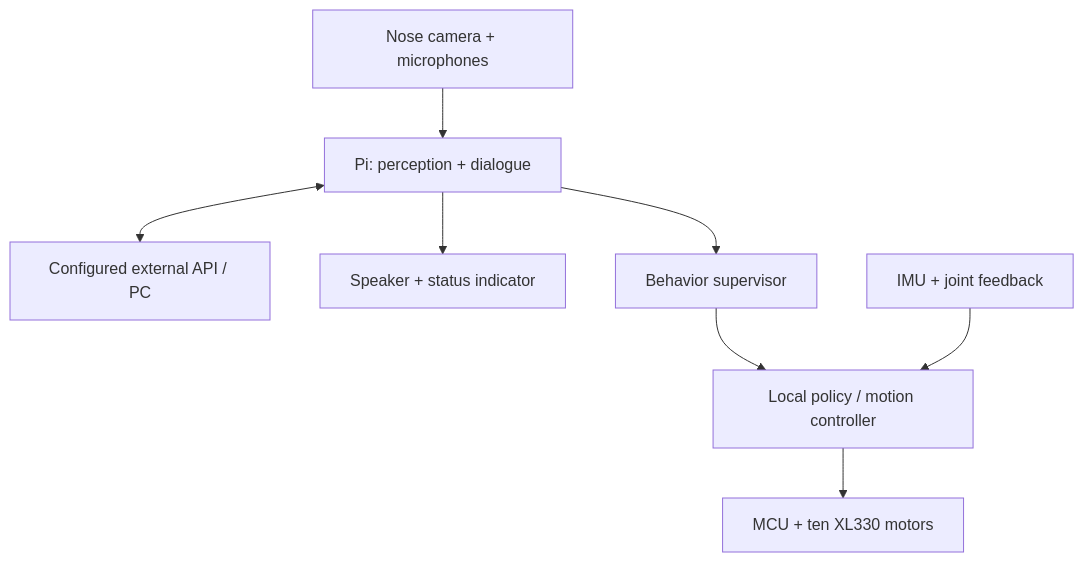
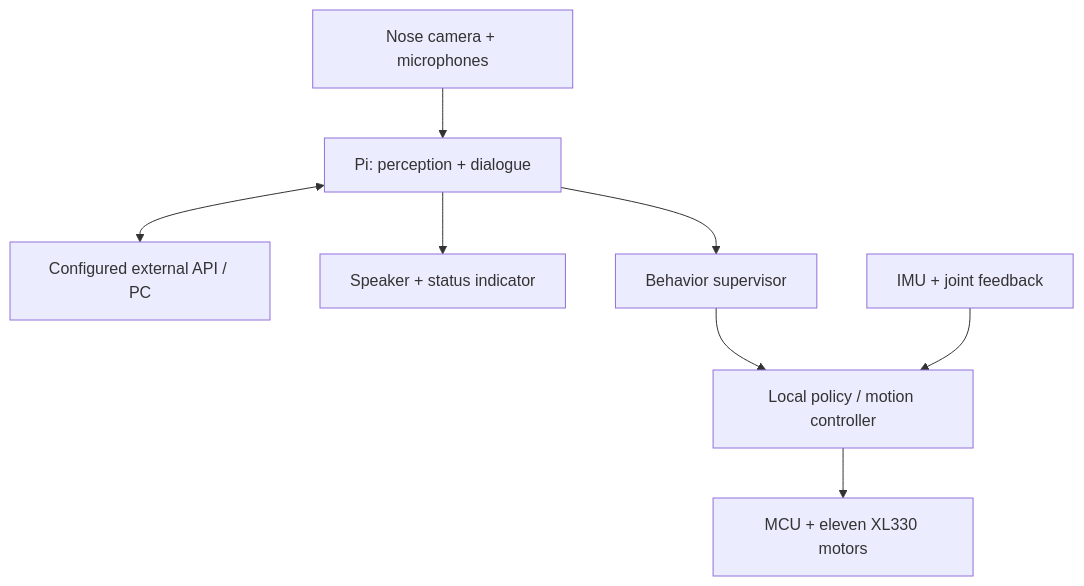
Before and after one commit to mjcha924/snu-gom: the diagram in docs/HRI.md, drawn with Mermaid. The commit also changed other lines of this file and 20 other files, not shown here.

````diff
--- a/docs/HRI.md
+++ b/docs/HRI.md
@@ -28,10 +28,10 @@
 ```mermaid
 flowchart TD
     S["Nose camera + microphones"] --> P["Pi: perception + dialogue"]
     P <--> A["Configured external API / PC"]
     P --> O["Speaker + status indicator"]
     P --> B["Behavior supervisor"]
     B --> C["Local policy / motion controller"]
-    C --> M["MCU + ten XL330 motors"]
+    C --> M["MCU + eleven XL330 motors"]
     I["IMU + joint feedback"] --> C
 ```
````
